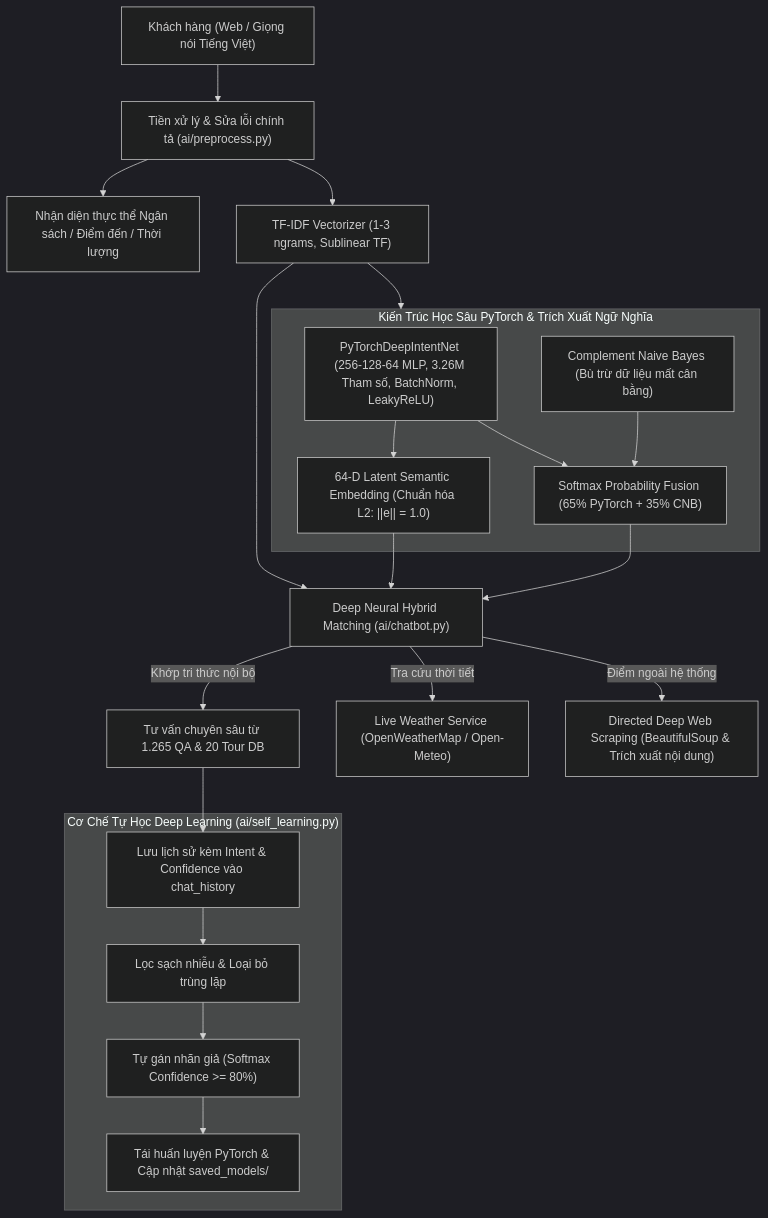
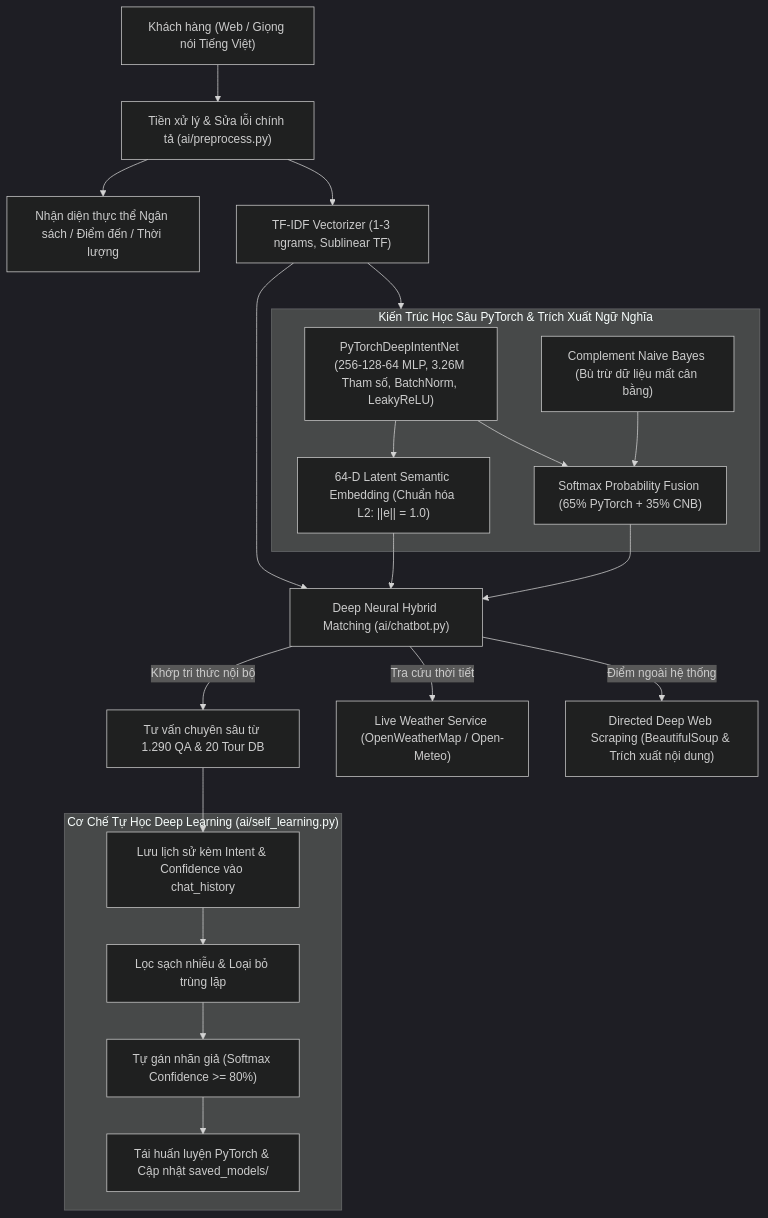
Before and after one commit to thaieaut-engineer/Tri-Tue-Nhan-Tao-AI-: the diagram in README.md, drawn with Mermaid (dark theme). The commit also changed other lines of this file, not shown here.

````diff
--- a/README.md
+++ b/README.md
@@ -83,34 +90,34 @@
 ```mermaid
 flowchart TD
     User["Khách hàng (Web / Giọng nói Tiếng Việt)"] --> Pre["Tiền xử lý & Sửa lỗi chính tả (ai/preprocess.py)"]
     Pre --> Recog["Nhận diện thực thể Ngân sách / Điểm đến / Thời lượng"]
     
     Pre --> Feat["TF-IDF Vectorizer (1-3 ngrams, Sublinear TF)"]
     Feat --> Deep["DeepHybridModel Ensemble (ai/train_model.py)"]
     
     subgraph Deep ["Kiến Trúc Học Sâu PyTorch & Trích Xuất Ngữ Nghĩa"]
         M1["PyTorchDeepIntentNet (256-128-64 MLP, 3.26M Tham số, BatchNorm, LeakyReLU)"]
         Emb["64-D Latent Semantic Embedding (Chuẩn hóa L2: ||e|| = 1.0)"]
         M2["Complement Naive Bayes (Bù trừ dữ liệu mất cân bằng)"]
         M3["Softmax Probability Fusion (65% PyTorch + 35% CNB)"]
         M1 --> Emb
         M1 --> M3
         M2 --> M3
     end
     
     Emb --> Sim["Deep Neural Hybrid Matching (ai/chatbot.py)"]
     Feat --> Sim
     M3 --> Sim
     
-    Sim -->|Khớp tri thức nội bộ| Ans["Tư vấn chuyên sâu từ 1.265 QA & 20 Tour DB"]
+    Sim -->|Khớp tri thức nội bộ| Ans["Tư vấn chuyên sâu từ 1.290 QA & 20 Tour DB"]
     Sim -->|Tra cứu thời tiết| Wea["Live Weather Service (OpenWeatherMap / Open-Meteo)"]
     Sim -->|Điểm ngoài hệ thống| Web["Directed Deep Web Scraping (BeautifulSoup & Trích xuất nội dung)"]
     
     Ans --> Log["Lưu lịch sử kèm Intent & Confidence vào chat_history"]
     
     subgraph SelfLearn ["Cơ Chế Tự Học Deep Learning (ai/self_learning.py)"]
         Log --> Filter["Lọc sạch nhiễu & Loại bỏ trùng lặp"]
         Filter --> Pseudo["Tự gán nhãn giả (Softmax Confidence >= 80%)"]
         Pseudo --> Retrain["Tái huấn luyện PyTorch & Cập nhật saved_models/"]
     end
 ```
````
